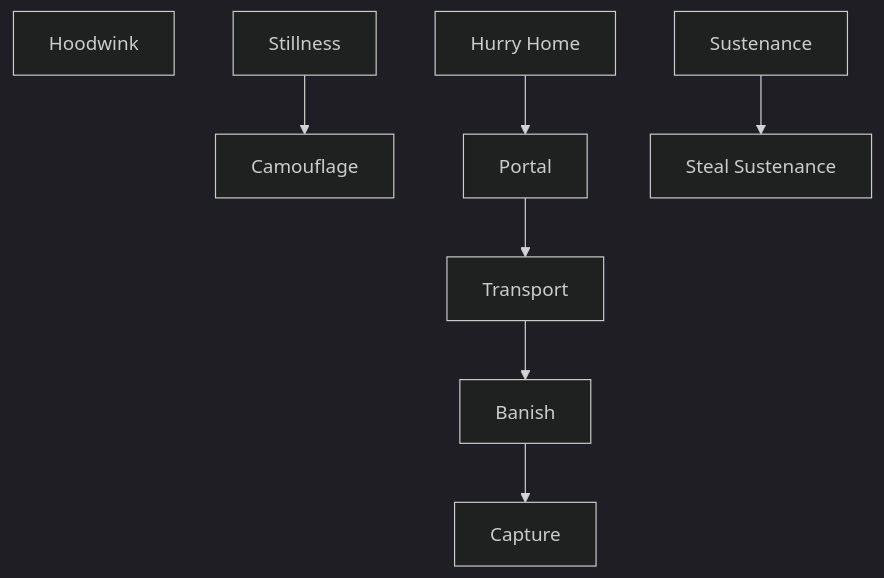
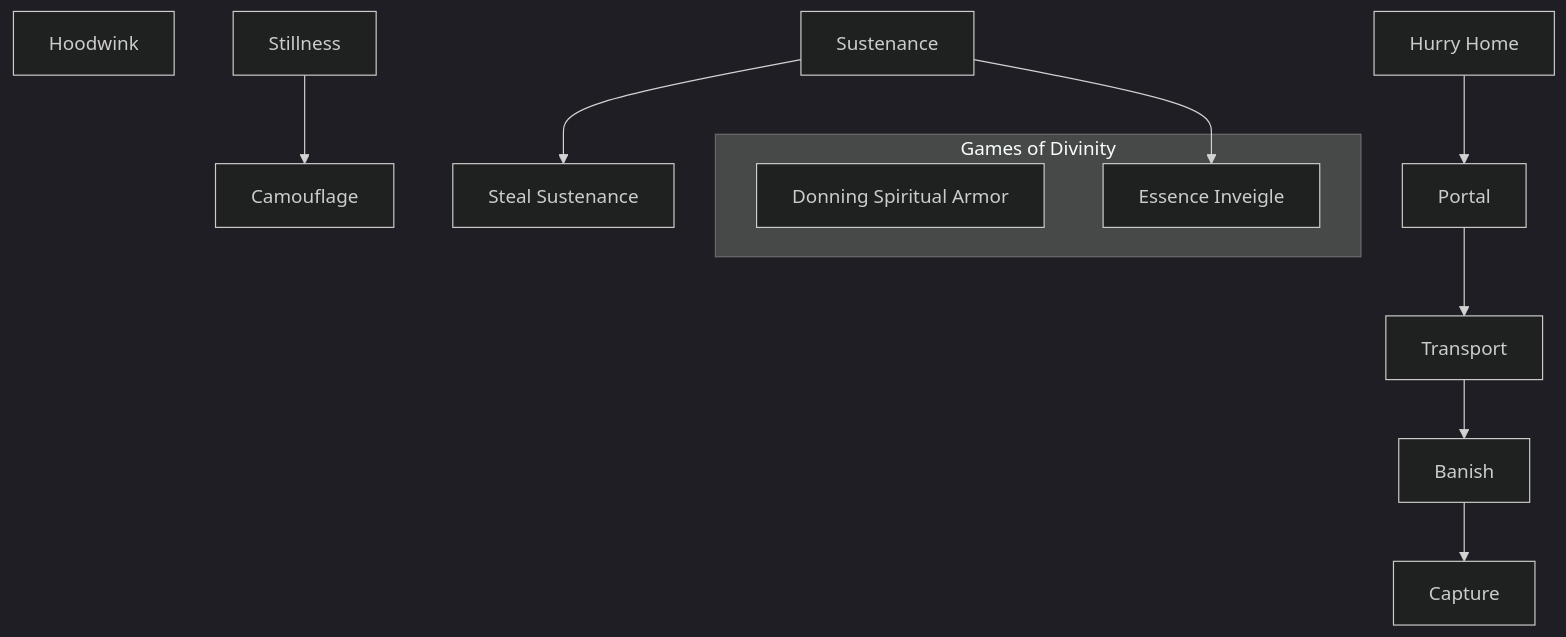
Before and after one commit to jrobichaud/exalted-charms-1e: the diagram in docs/mermaid/spirits/temperance_2.mmd, drawn with Mermaid. The commit also changed 3 other files, not shown here.

Commit message:
games of divinity

```diff
--- a/docs/mermaid/spirits/temperance_2.mmd
+++ b/docs/mermaid/spirits/temperance_2.mmd
@@ -229,3 +229,65 @@
         sort restores the loss; it never heals normally. Even if the
         spirit does not replenish the Essence it spent, it feels satiated.
         "
+
+    subgraph Games of Divinity
+        donning_spiritual_armor[Donning Spiritual Armor]
+        click donning_spiritual_armor callback "
+            Donning Spiritual Armor<br>
+            <br>
+            Cost: 5 Motes<br>
+            Duration: One scene<br>
+            Type: Simple<br>
+            Minimum Temperance: 2<br>
+            Minimum Essence: 2<br>
+            Prerequisite Charms: None<br>
+            <br>
+            The small god summons up the forces of the elements or
+            similar powers to protect it from harm. The spirit gains armor
+            equal to Temperance + Essence. This armor can be used to
+            soak any form of bashing or lethal damage, including damage
+            caused by environmental conditions such as excessive heat
+            or cold. Elementals and elementally associated spirits always
+            surround themselves with elemental protections such as a
+            hauberk of tough roots, a shirt of flexible rock or a breastplate
+            of living flame. Other spirits don armor of light or darkness
+            or, occasionally, transform their ordinary garb into supernally
+            beautiful and durable garments of pure magic.
+            "
+
+        essence_inveigle[Essence Inveigle]
+        click essence_inveigle callback "
+            Essence Inveigle<br>
+            <br>
+            Cost: 6 motes, 2 Willpower<br>
+            Duration: One week (at least)<br>
+            Type: Simple<br>
+            Minimum Temperance: 3<br>
+            Minimum Essence: 2<br>
+            Prerequisite Charms: Sustenance<br>
+            <br>
+            The spirit has consensual sex with a mortal in order to
+            activate the Charm, so no Brawl or Martial Arts rolls are
+            required. Amidst the merriment, roll the spirit's Manipulation
+            + Temperance. For each success, the spirit devours 1 mote of
+            Essence. What is more, the victim later develops an unquenchable
+            craving for another rendezvous with the spirit. If
+            the victim returns freely, the process is repeated (and any lost
+            Wits suffered from the process below are regained). If the
+            victim does not return within one week, roll his Wits +
+            Conviction -1 die for each time the spirit successfully used the
+            Charm against die victim. If the roll yields fewer successes that
+            the spirit's Willpower, the victim loses a point of Wits temporarily.
+            If he does not return to the spirit that day, repeat the
+            process the next day, continuing every day until the victim
+            either returns of his own volition, succeeds in breaking the
+            Charm or reaches 0 Wits (in which case the victim loses all
+            control and will do anything within his power to return to the
+            spirit). If the victim's Wits + Conviction roll succeeds against
+            the spirit s Willpower, the Charm is cancelled, and all temporary
+            Wits losses are regained. This Charm has no effect on
+            beings with an Essence higher than the spirit's.
+            "
+    end
+
+    sustenance --> essence_inveigle
```
